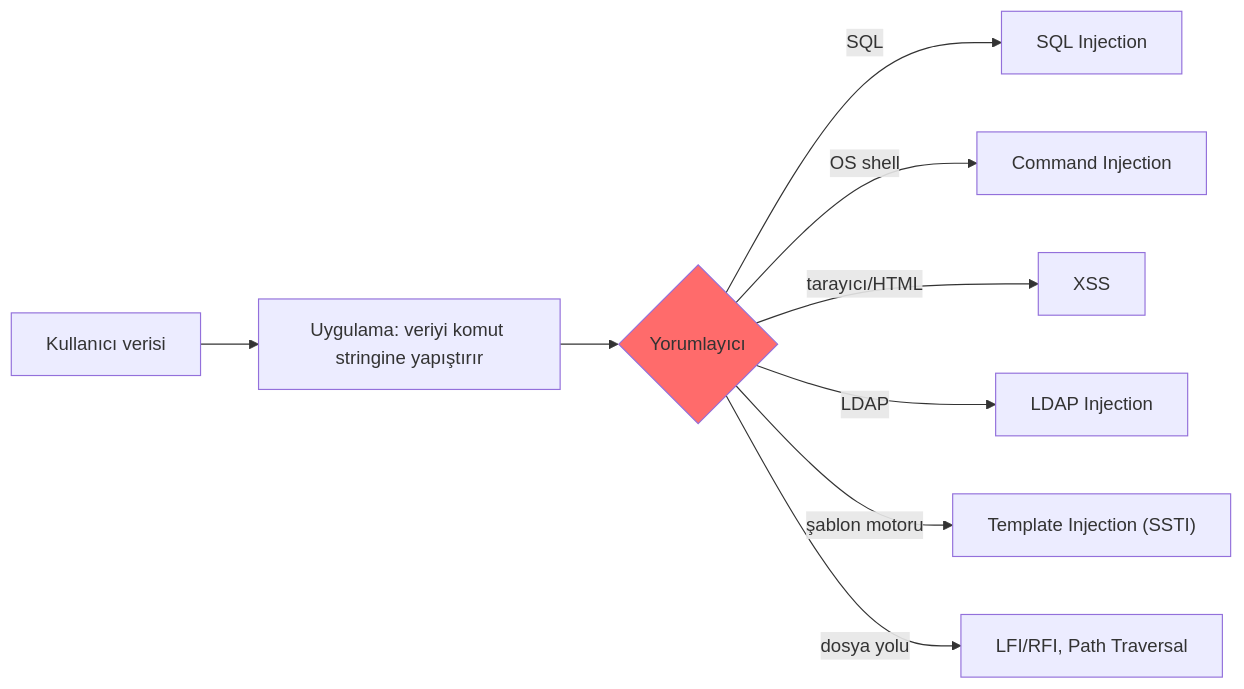
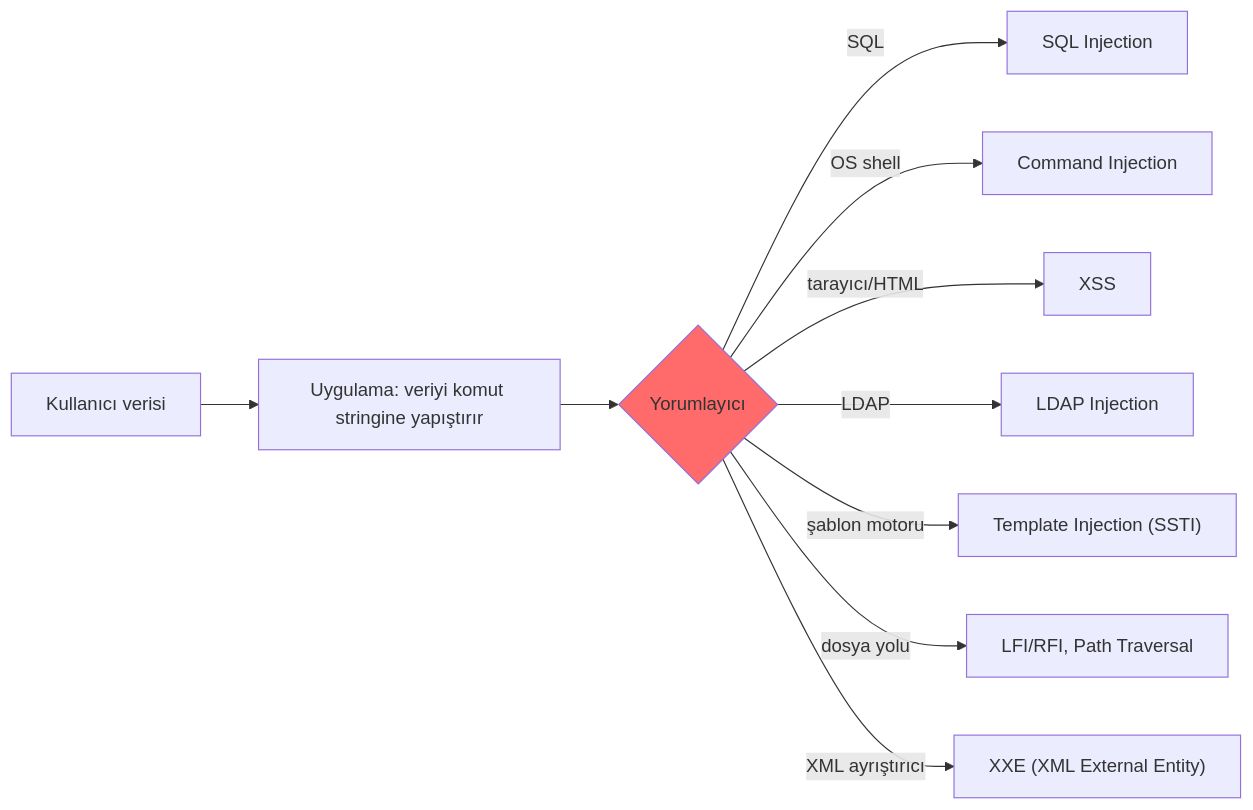
Before and after one commit to metinkarayagci-ITU/siber-guvenlik-temelleri: the first of 3 diagrams in 04-web-guvenligi/zafiyet-siniflari/enjeksiyon-aileleri.md, drawn with Mermaid. The commit also changed other lines of this file and 3 other files, not shown here.

````diff
--- a/04-web-guvenligi/zafiyet-siniflari/enjeksiyon-aileleri.md
+++ b/04-web-guvenligi/zafiyet-siniflari/enjeksiyon-aileleri.md
@@ -17,12 +17,13 @@
 ```mermaid
 flowchart LR
     U["Kullanıcı verisi"] --> APP["Uygulama: veriyi komut stringine yapıştırır"]
     APP --> INT{"Yorumlayıcı"}
     INT -->|"SQL"| SQL["SQL Injection"]
     INT -->|"OS shell"| CMD["Command Injection"]
     INT -->|"tarayıcı/HTML"| XSS["XSS"]
     INT -->|"LDAP"| LDAP["LDAP Injection"]
     INT -->|"şablon motoru"| SSTI["Template Injection (SSTI)"]
     INT -->|"dosya yolu"| LFI["LFI/RFI, Path Traversal"]
+    INT -->|"XML ayrıştırıcı"| XXE["XXE (XML External Entity)"]
     style INT fill:#ff6b6b
 ```
````
